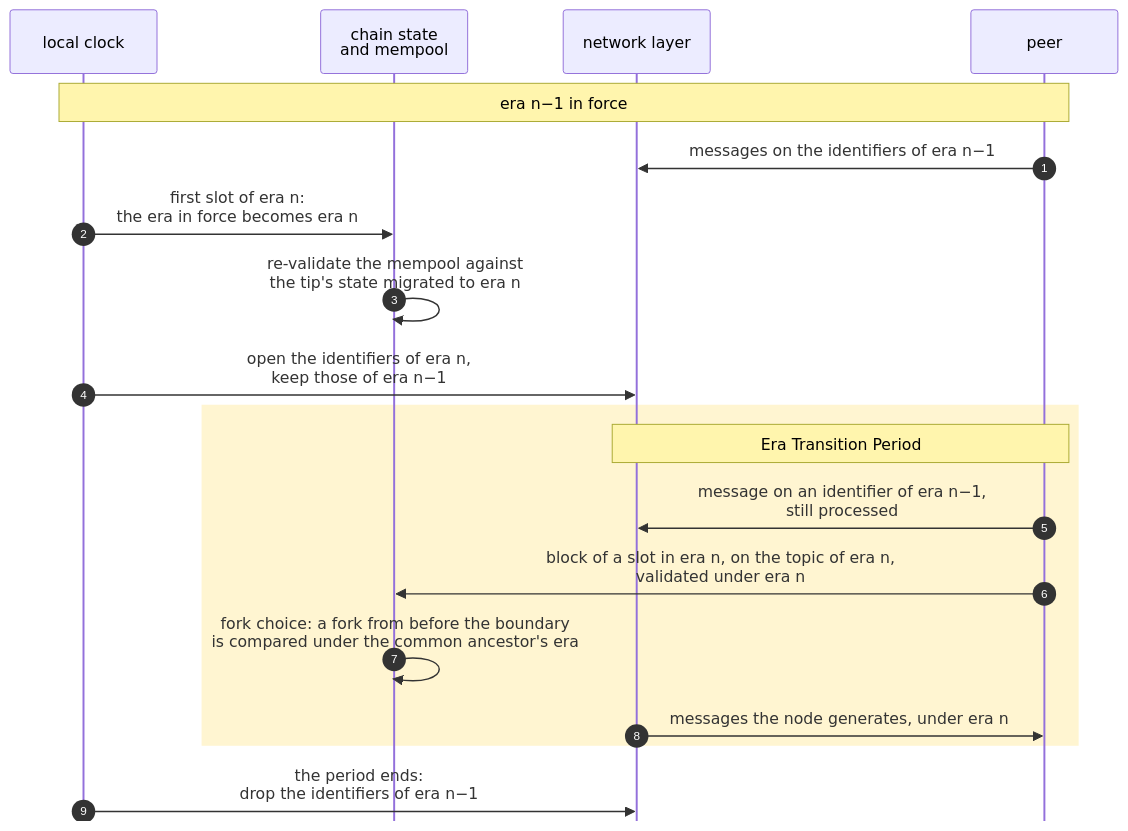
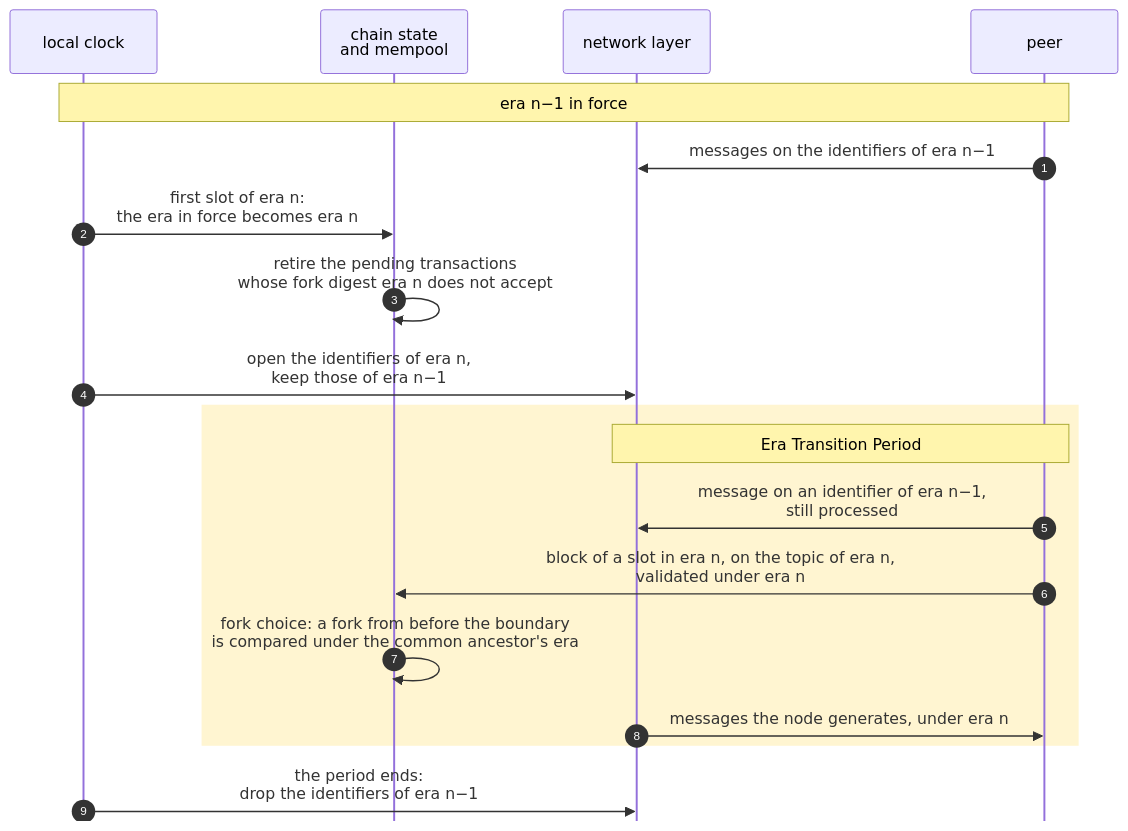
The seventh of 7 diagrams in docs/blockchain/raw/bedrock-eras.md (logos-co/logos-lips), drawn with Mermaid before and after one commit. The commit also changed other lines of this file and 1 other file, not shown here.

First line of the commit message:
docs(blockchain): make the mempool follow the eras

````diff
--- a/docs/blockchain/raw/bedrock-eras.md
+++ b/docs/blockchain/raw/bedrock-eras.md
@@ -280,26 +280,26 @@
 ```mermaid
 ---
 config:
   sequence:
     mirrorActors: false
 ---
 sequenceDiagram
     autonumber
     participant C as local clock
     participant S as chain state<br/>and mempool
     participant N as network layer
     participant P as peer
     Note over C,P: era n−1 in force
     P->>N: messages on the identifiers of era n−1
     C->>S: first slot of era n:<br/>the era in force becomes era n
-    S->>S: re-validate the mempool against<br/>the tip's state migrated to era n
+    S->>S: retire the pending transactions<br/>whose fork digest era n does not accept
     C->>N: open the identifiers of era n,<br/>keep those of era n−1
     rect rgba(255, 200, 0, 0.18)
         Note over N,P: Era Transition Period
         P->>N: message on an identifier of era n−1,<br/>still processed
         P->>S: block of a slot in era n, on the topic of era n,<br/>validated under era n
         S->>S: fork choice: a fork from before the boundary<br/>is compared under the common ancestor's era
         N->>P: messages the node generates, under era n
     end
     C->>N: the period ends:<br/>drop the identifiers of era n−1
 ```
````
